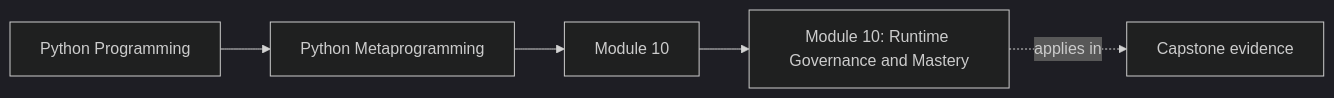
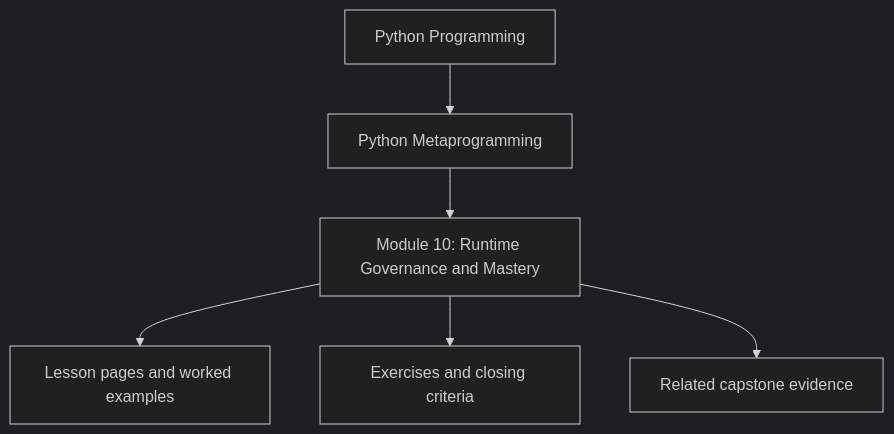
One commit to bijux/bijux-masterclass changed the first of 5 diagrams in programs/python-programming/python-meta-programming/course-book/module-10-runtime-governance-and-mastery/index.md. Above: the diagram before and after it, drawn with Mermaid (dark theme). The commit also changed other lines of this file and 10 other files, not shown here.

Commit message:
docs(python-meta-programming): reposition module overview diagrams

````diff
--- a/programs/python-programming/python-meta-programming/course-book/module-10-runtime-governance-and-mastery/index.md
+++ b/programs/python-programming/python-meta-programming/course-book/module-10-runtime-governance-and-mastery/index.md
@@ -8,11 +8,8 @@
 ```mermaid
-graph LR
-  family["Python Programming"]
-  program["Python Metaprogramming"]
-  section["Module 10"]
-  page["Module 10: Runtime Governance and Mastery"]
-  capstone["Capstone evidence"]
-
-  family --> program --> section --> page
-  page -.applies in.-> capstone
+flowchart TD
+  family["Python Programming"] --> program["Python Metaprogramming"]
+  program --> module["Module 10: Runtime Governance and Mastery"]
+  module --> lessons["Lesson pages and worked examples"]
+  module --> checkpoints["Exercises and closing criteria"]
+  module --> capstone["Related capstone evidence"]
 ```
````
